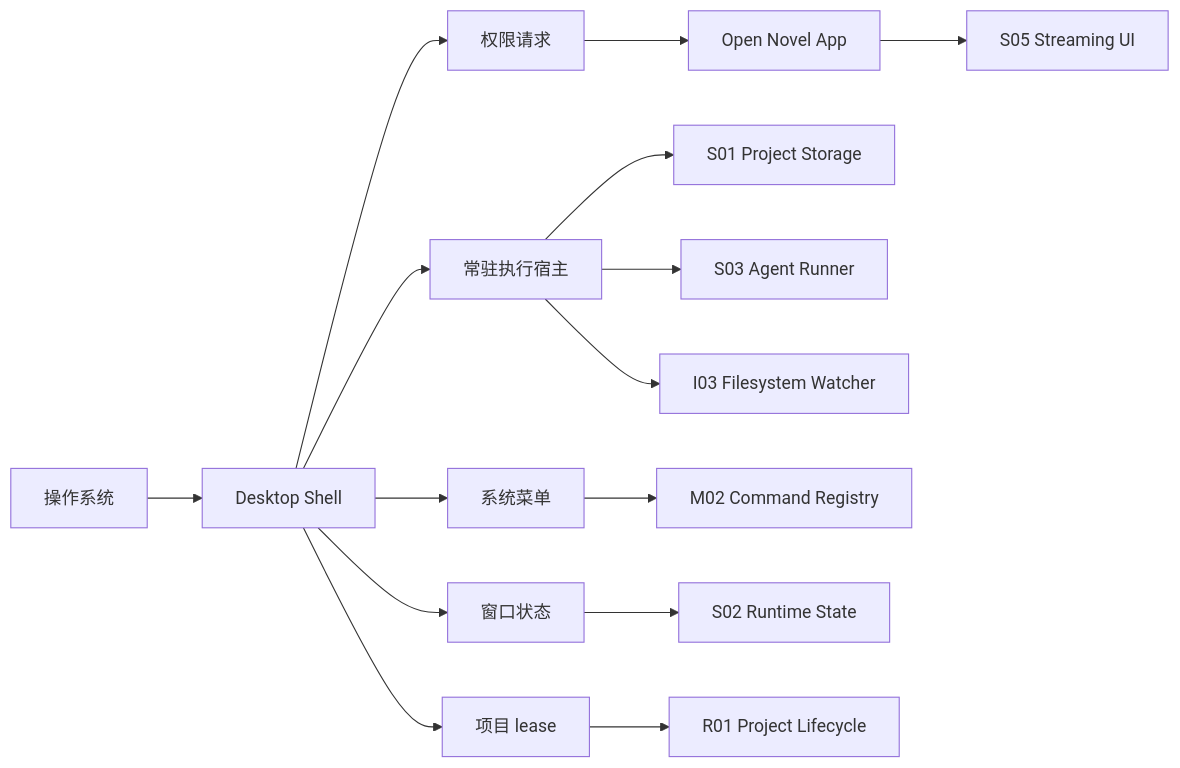
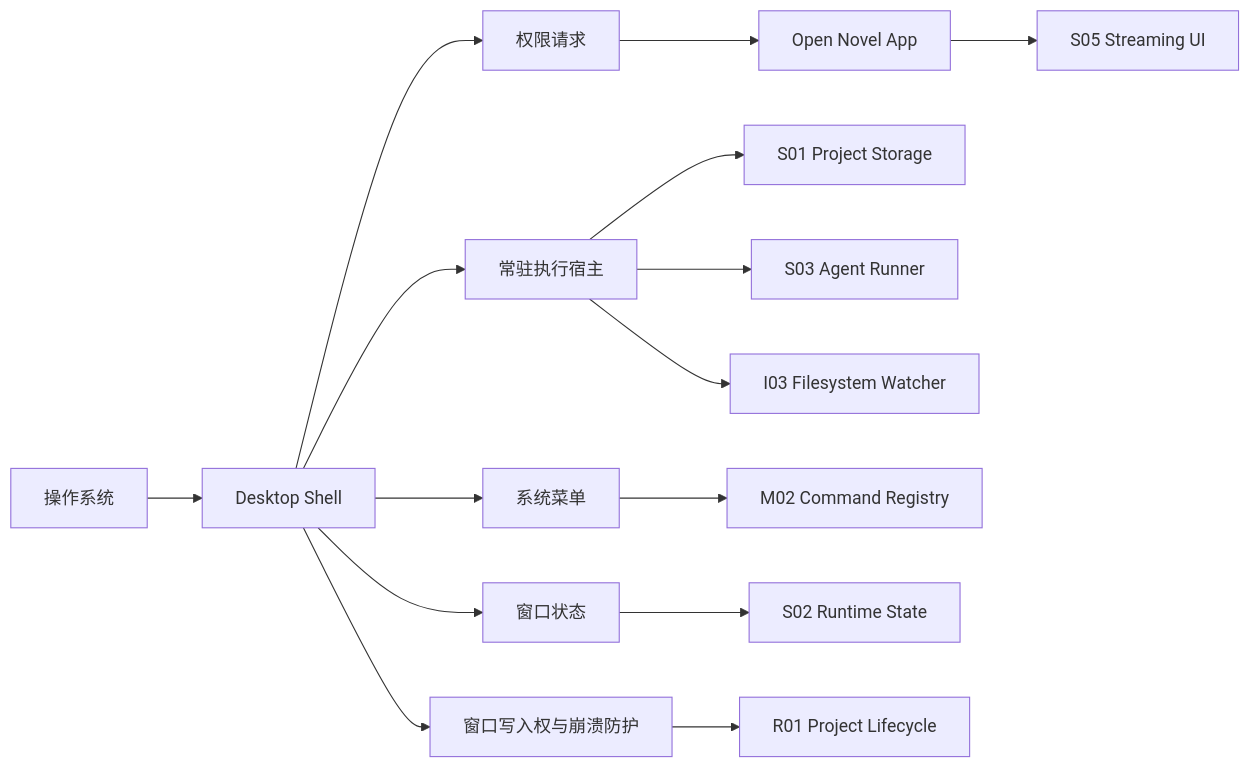
The diagram in spec/platform/I05-desktop-shell-contract.md (jinhuang712/open-novel), drawn with Mermaid before and after one commit. The commit also changed other lines of this file and 15 other files, not shown here.

````diff
--- a/spec/platform/I05-desktop-shell-contract.md
+++ b/spec/platform/I05-desktop-shell-contract.md
@@ -63,17 +76,17 @@
 ```mermaid
 flowchart LR
   OS[操作系统] --> Shell[Desktop Shell]
   Shell --> Permission[权限请求]
   Shell --> Host[常驻执行宿主]
   Shell --> Menu[系统菜单]
   Shell --> Window[窗口状态]
-  Shell --> Lease[项目 lease]
+  Shell --> Lease[窗口写入权与崩溃防护]
   Permission --> App[Open Novel App]
   Host --> Storage[S01 Project Storage]
   Host --> Runner[S03 Agent Runner]
   Host --> Watcher[I03 Filesystem Watcher]
   Menu --> Command[M02 Command Registry]
   Window --> Runtime[S02 Runtime State]
   Lease --> Lifecycle[R01 Project Lifecycle]
   App --> Stream[S05 Streaming UI]
 ```
````
